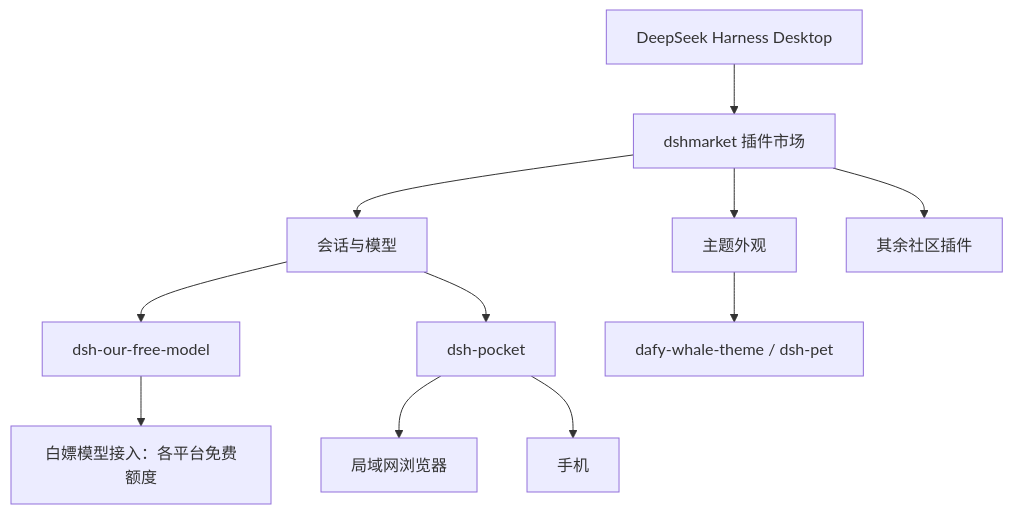
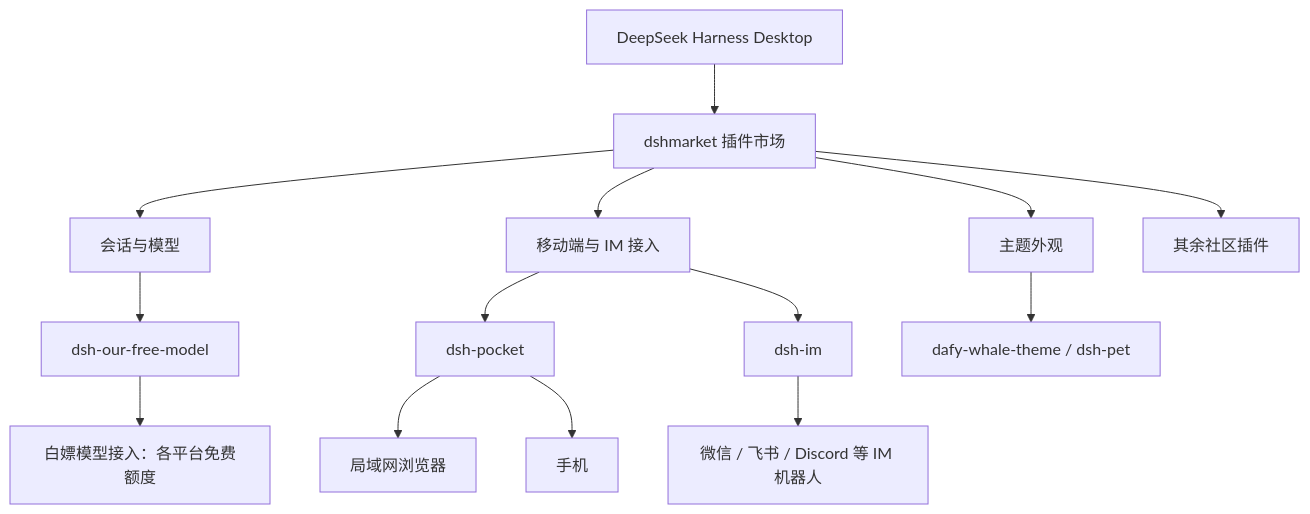
Before and after one commit to Vincent-the-gamer/vincent: the diagram in pages/posts/deepseek-harness-setup.md, drawn with Mermaid. The commit also changed other lines of this file and 1 other file, not shown here.

````diff
--- a/pages/posts/deepseek-harness-setup.md
+++ b/pages/posts/deepseek-harness-setup.md
@@ -10,13 +10,16 @@
 ```mermaid
 graph TD
     A[DeepSeek Harness Desktop] --> M[dshmarket 插件市场]
     M --> B[会话与模型]
     M --> C[主题外观]
+    M --> K[移动端与 IM 接入]
     M --> J[其余社区插件]
     B --> D[dsh-our-free-model]
     D --> E[白嫖模型接入：各平台免费额度]
-    B --> F[dsh-pocket]
+    K --> F[dsh-pocket]
     F --> G[局域网浏览器]
     F --> H[手机]
+    K --> L[dsh-im]
+    L --> N[微信 / 飞书 / Discord 等 IM 机器人]
     C --> I[dafy-whale-theme / dsh-pet]
 ```
````
